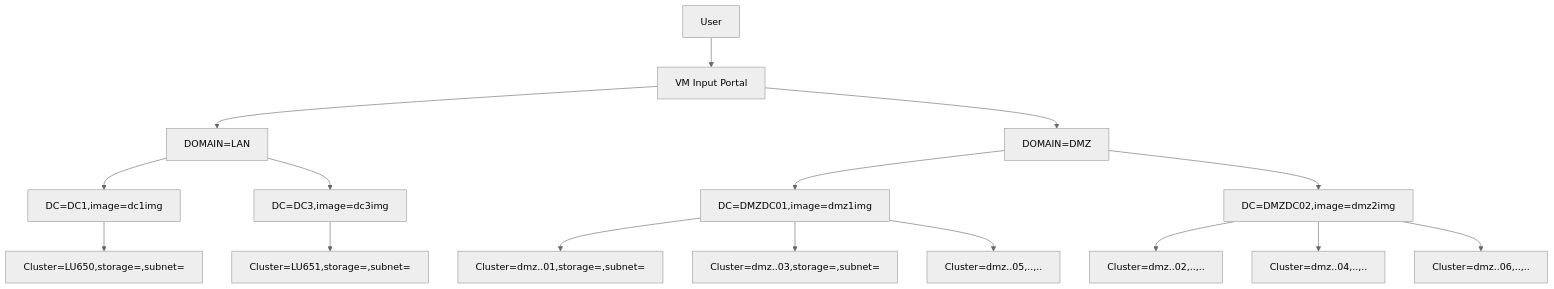
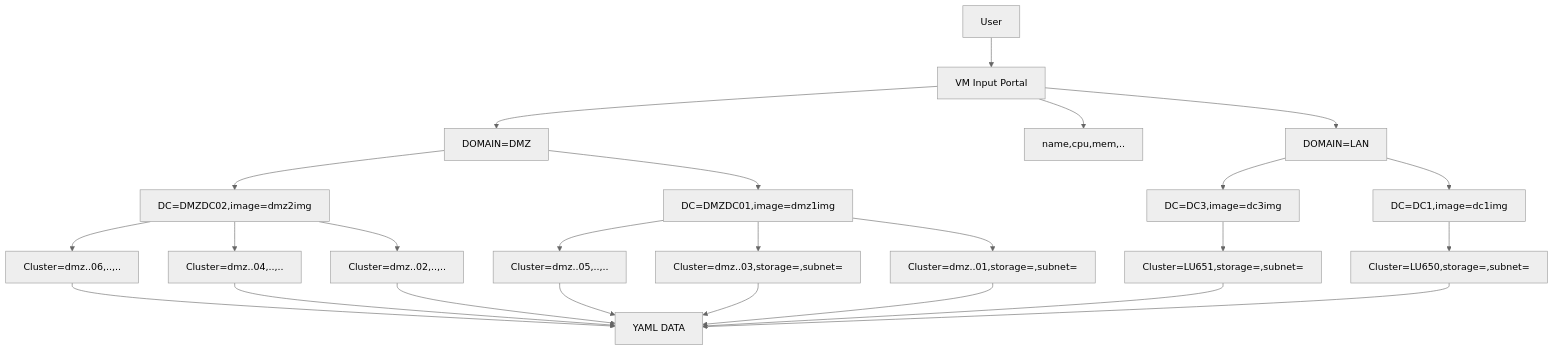
The diagram in decision_tree.md (steve3535/provisioning), drawn with Mermaid (neutral theme) before and after one commit.

````diff
--- a/decision_tree.md
+++ b/decision_tree.md
@@ -1,18 +1,27 @@
 ```mermaid
 graph TD
    A[User] --> B[VM Input Portal]
    B --> C[DOMAIN=LAN]
+   B --> BC[name,cpu,mem,..]
    B --> D[DOMAIN=DMZ]
    C --> E[DC=DC1,image=dc1img]
    C --> F[DC=DC3,image=dc3img]
    D --> G[DC=DMZDC01,image=dmz1img]
    D --> H[DC=DMZDC02,image=dmz2img]
    E --> I[Cluster=LU650,storage=,subnet=]
    F --> J[Cluster=LU651,storage=,subnet=]
    G --> K[Cluster=dmz..01,storage=,subnet=]
    G --> L[Cluster=dmz..03,storage=,subnet=]
    G --> M[Cluster=dmz..05,..,..]
    H --> N[Cluster=dmz..02,..,..]
    H --> O[Cluster=dmz..04,..,..]
    H --> P[Cluster=dmz..06,..,..]
+   P --> R[YAML DATA]
+   O --> R
+   N --> R
+   M --> R
+   L --> R
+   K --> R
+   J --> R
+   I --> R
 ```
````
